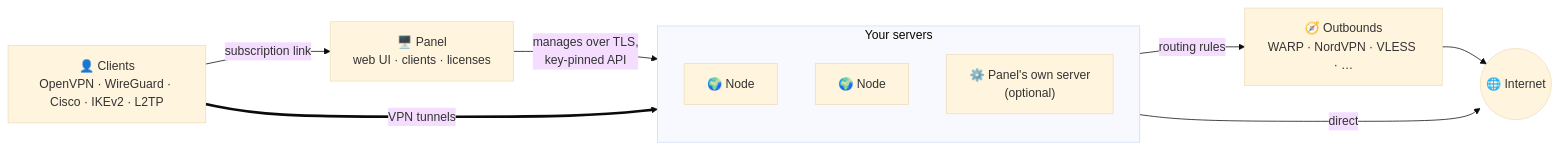
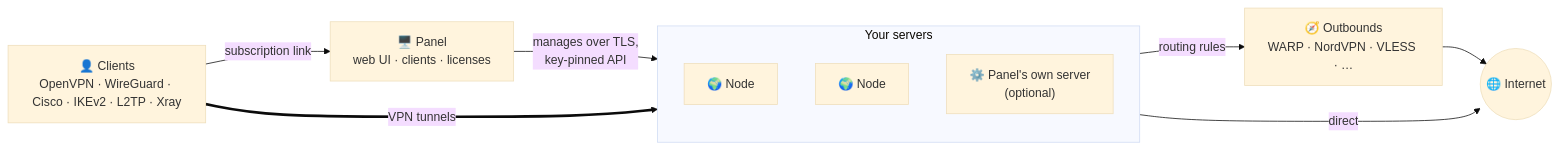
The diagram in README.fa.md (Erfan-XRay/Ovira), drawn with Mermaid (base theme) before and after one commit. The commit also changed other lines of this file and 38 other files, not shown here.

````diff
--- a/README.fa.md
+++ b/README.fa.md
@@ -213,19 +232,19 @@
 ```mermaid
 flowchart LR
-    C["👤 Clients<br/>OpenVPN · WireGuard · Cisco · IKEv2 · L2TP"]
+    C["👤 Clients<br/>OpenVPN · WireGuard · Cisco · IKEv2 · L2TP · Xray"]
     P["🖥️ Panel<br/>web UI · clients · licenses"]
     subgraph S["Your servers"]
         direction TB
         N1["🌍 Node"]
         N2["🌍 Node"]
         L["⚙️ Panel's own server<br/>(optional)"]
     end
     O["🧭 Outbounds<br/>WARP · NordVPN · VLESS · …"]
     I(("🌐 Internet"))
     C -- "subscription link" --> P
     P -- "manages over TLS,<br/>key-pinned API" --> S
     C == "VPN tunnels" ==> S
     S -- "routing rules" --> O
     S -- "direct" --> I
     O --> I
 ```
````
